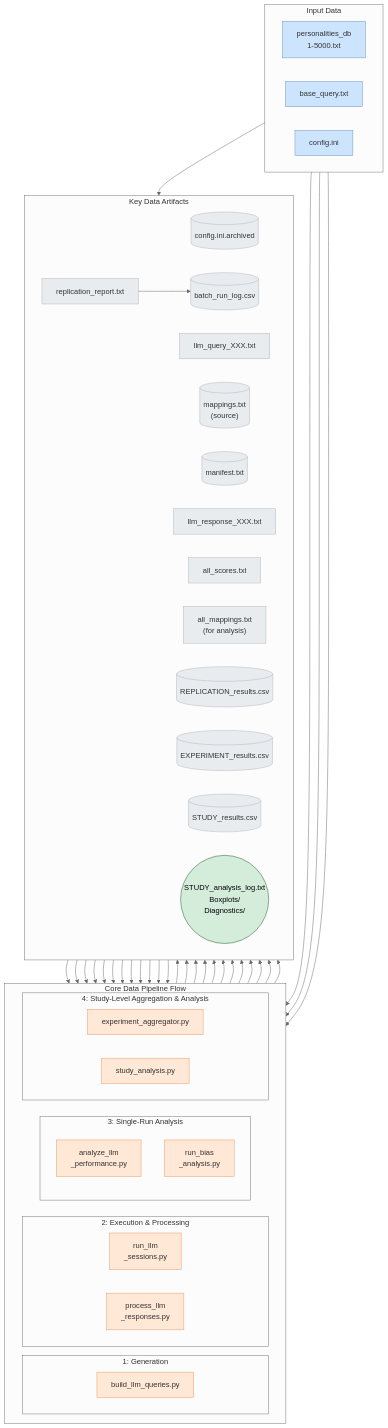
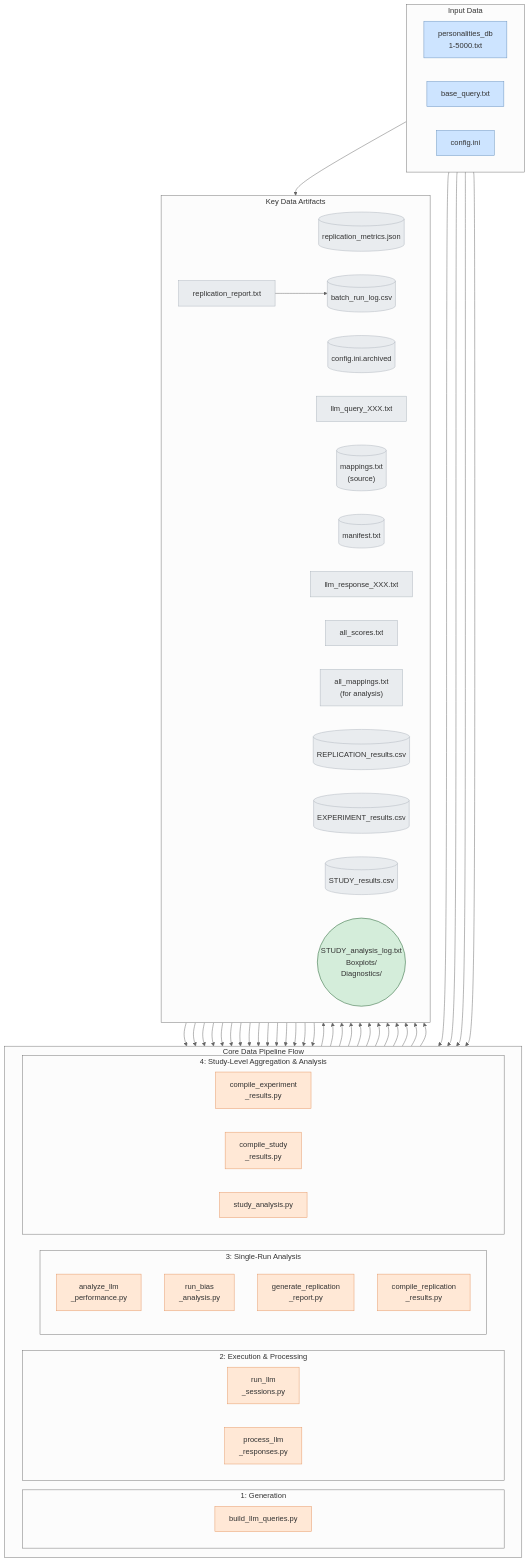
One commit to peterjmarko/llm-narrative-framework changed the diagram in docs/diagrams/view_data_flow.mmd. Above: the diagram before and after it, drawn with Mermaid (neutral theme). The commit also changed 26 other files, not shown here.

```diff
--- a/docs/diagrams/view_data_flow.mmd
+++ b/docs/diagrams/view_data_flow.mmd
@@ -1,81 +1,115 @@
 graph TD
     subgraph "Input Data"
         direction LR
-        Input_PDB["personalities_db<br/>1-5000.txt"]:::input
-        Input_Query["base_query.txt"]:::input
-        Input_Config["config.ini"]:::input
+        Input_PDB["personalities_db<br/>1-5000.txt"]
+        Input_Query["base_query.txt"]
+        Input_Config["config.ini"]
     end
 
     subgraph "Core Data Pipeline Flow"
         direction LR
         subgraph "1: Generation"
-             Script1["build_llm_queries.py"]:::script
+             Script1["build_llm_queries.py"]
         end
         subgraph "2: Execution & Processing"
-            Script2["run_llm<br/>_sessions.py"]:::script
-            Script3["process_llm<br/>_responses.py"]:::script
+            Script2["run_llm<br/>_sessions.py"]
+            Script3["process_llm<br/>_responses.py"]
         end
         subgraph "3: Single-Run Analysis"
             direction TB
-            Script4["analyze_llm<br/>_performance.py"]:::script
-            Script4b["run_bias<br/>_analysis.py"]:::script
+            Script4["analyze_llm<br/>_performance.py"]
+            Script4b["run_bias<br/>_analysis.py"]
+            Script5["generate_replication<br/>_report.py"]
+            Script6["compile_replication<br/>_results.py"]
         end
         subgraph "4: Study-Level Aggregation & Analysis"
-             Aggregator["experiment_aggregator.py"]:::script
-             StudyAnalyzer["study_analysis.py"]:::script
+             CompilerExp["compile_experiment<br/>_results.py"]
+             CompilerStudy["compile_study<br/>_results.py"]
+             StudyAnalyzer["study_analysis.py"]
         end
     end
 
     subgraph "Key Data Artifacts"
         direction LR
-        Art1_archive[("config.ini.archived")]:::artifact
-        Art1_query["llm_query_XXX.txt"]:::artifact
-        Art1_mappings_src[("mappings.txt<br/>(source)")]:::artifact
-        Art1_manifest[("manifest.txt")]:::artifact
-        Art2_response["llm_response_XXX.txt"]:::artifact
-        Art3_scores["all_scores.txt"]:::artifact
-        Art3_mappings_analysis["all_mappings.txt<br/>(for analysis)"]:::artifact
-        Art4_report["replication_report.txt"]:::artifact
-        BatchRunLog[("batch_run_log.csv")]:::artifact
-        RepResultsCSV[("REPLICATION_results.csv")]:::artifact
-        ExpResultsCSV[("EXPERIMENT_results.csv")]:::artifact
-        StudyResultsCSV[("STUDY_results.csv")]:::artifact
-        FinalOutputs(("STUDY_analysis_log.txt<br/>Boxplots/<br/>Diagnostics/")):::final
+        Art_metrics[("replication_metrics.json")]
+        Art1_archive[("config.ini.archived")]
+        Art1_query["llm_query_XXX.txt"]
+        Art1_mappings_src[("mappings.txt<br/>(source)")]
+        Art1_manifest[("manifest.txt")]
+        Art2_response["llm_response_XXX.txt"]
+        Art3_scores["all_scores.txt"]
+        Art3_mappings_analysis["all_mappings.txt<br/>(for analysis)"]
+        Art4_report["replication_report.txt"]
+        BatchRunLog[("batch_run_log.csv")]
+        RepResultsCSV[("REPLICATION_results.csv")]
+        ExpResultsCSV[("EXPERIMENT_results.csv")]
+        StudyResultsCSV[("STUDY_results.csv")]
+        FinalOutputs(("STUDY_analysis_log.txt<br/>Boxplots/<br/>Diagnostics/"))
     end
 
-    %% Connections reflecting data flow
     Input_PDB & Input_Query & Input_Config --> Script1
     Input_Config --> Art1_archive
 
     Script1 --> Art1_query
     Script1 --> Art1_mappings_src
     Script1 --> Art1_manifest
 
     Art1_query --> Script2
     Script2 --> Art2_response
 
     Art2_response & Art1_mappings_src & Art1_manifest --> Script3
     Script3 --> Art3_scores
     Script3 --> Art3_mappings_analysis
 
     Art3_scores & Art3_mappings_analysis & Art1_archive --> Script4
-    Script4 --> Art4_report
+    Script4 --> Art_metrics
 
-    Art3_scores & Art3_mappings_analysis --> Script4b
-    Script4b --> Art4_report
+    Art_metrics --> Script4b
 
+    Art_metrics & Art1_archive & Input_Query --> Script5
+    Script5 --> Art4_report
+
+    Art_metrics & Art1_archive --> Script6
+    Script6 --> RepResultsCSV
+    
+    RepResultsCSV --> CompilerExp
+    CompilerExp --> ExpResultsCSV
+    
     Art4_report --> BatchRunLog
-    Art4_report --> Aggregator
-    Art1_archive --> Aggregator
+    ExpResultsCSV --> CompilerStudy
 
-    Aggregator --> RepResultsCSV
-    Aggregator --> ExpResultsCSV
-    Aggregator --> StudyResultsCSV
+    CompilerStudy --> StudyResultsCSV
 
     StudyResultsCSV --> StudyAnalyzer
     StudyAnalyzer --> FinalOutputs
 
-    classDef input fill:#cde4ff,stroke:#6c93be,color:#333
-    classDef script fill:#ffe8d6,stroke:#e59866,color:#333
-    classDef artifact fill:#e9ecef,stroke:#adb5bd,color:#333
-    classDef final fill:#d4edda,stroke:#155724,color:#333 font-weight:bold
+    style Input_PDB fill:#cde4ff,stroke:#6c93be,color:#333
+    style Input_Query fill:#cde4ff,stroke:#6c93be,color:#333
+    style Input_Config fill:#cde4ff,stroke:#6c93be,color:#333
+    
+    style Script1 fill:#ffe8d6,stroke:#e59866,color:#333
+    style Script2 fill:#ffe8d6,stroke:#e59866,color:#333
+    style Script3 fill:#ffe8d6,stroke:#e59866,color:#333
+    style Script4 fill:#ffe8d6,stroke:#e59866,color:#333
+    style Script4b fill:#ffe8d6,stroke:#e59866,color:#333
+    style Script5 fill:#ffe8d6,stroke:#e59866,color:#333
+    style Script6 fill:#ffe8d6,stroke:#e59866,color:#333
+    style CompilerExp fill:#ffe8d6,stroke:#e59866,color:#333
+    style CompilerStudy fill:#ffe8d6,stroke:#e59866,color:#333
+    style StudyAnalyzer fill:#ffe8d6,stroke:#e59866,color:#333
+    
+    style Art_metrics fill:#e9ecef,stroke:#adb5bd,color:#333
+    style Art1_archive fill:#e9ecef,stroke:#adb5bd,color:#333
+    style Art1_query fill:#e9ecef,stroke:#adb5bd,color:#333
+    style Art1_mappings_src fill:#e9ecef,stroke:#adb5bd,color:#333
+    style Art1_manifest fill:#e9ecef,stroke:#adb5bd,color:#333
+    style Art2_response fill:#e9ecef,stroke:#adb5bd,color:#333
+    style Art3_scores fill:#e9ecef,stroke:#adb5bd,color:#333
+    style Art3_mappings_analysis fill:#e9ecef,stroke:#adb5bd,color:#333
+    style Art4_report fill:#e9ecef,stroke:#adb5bd,color:#333
+    style BatchRunLog fill:#e9ecef,stroke:#adb5bd,color:#333
+    style RepResultsCSV fill:#e9ecef,stroke:#adb5bd,color:#333
+    style ExpResultsCSV fill:#e9ecef,stroke:#adb5bd,color:#333
+    style StudyResultsCSV fill:#e9ecef,stroke:#adb5bd,color:#333
+    
+    style FinalOutputs fill:#d4edda,stroke:#155724,color:#333
```
